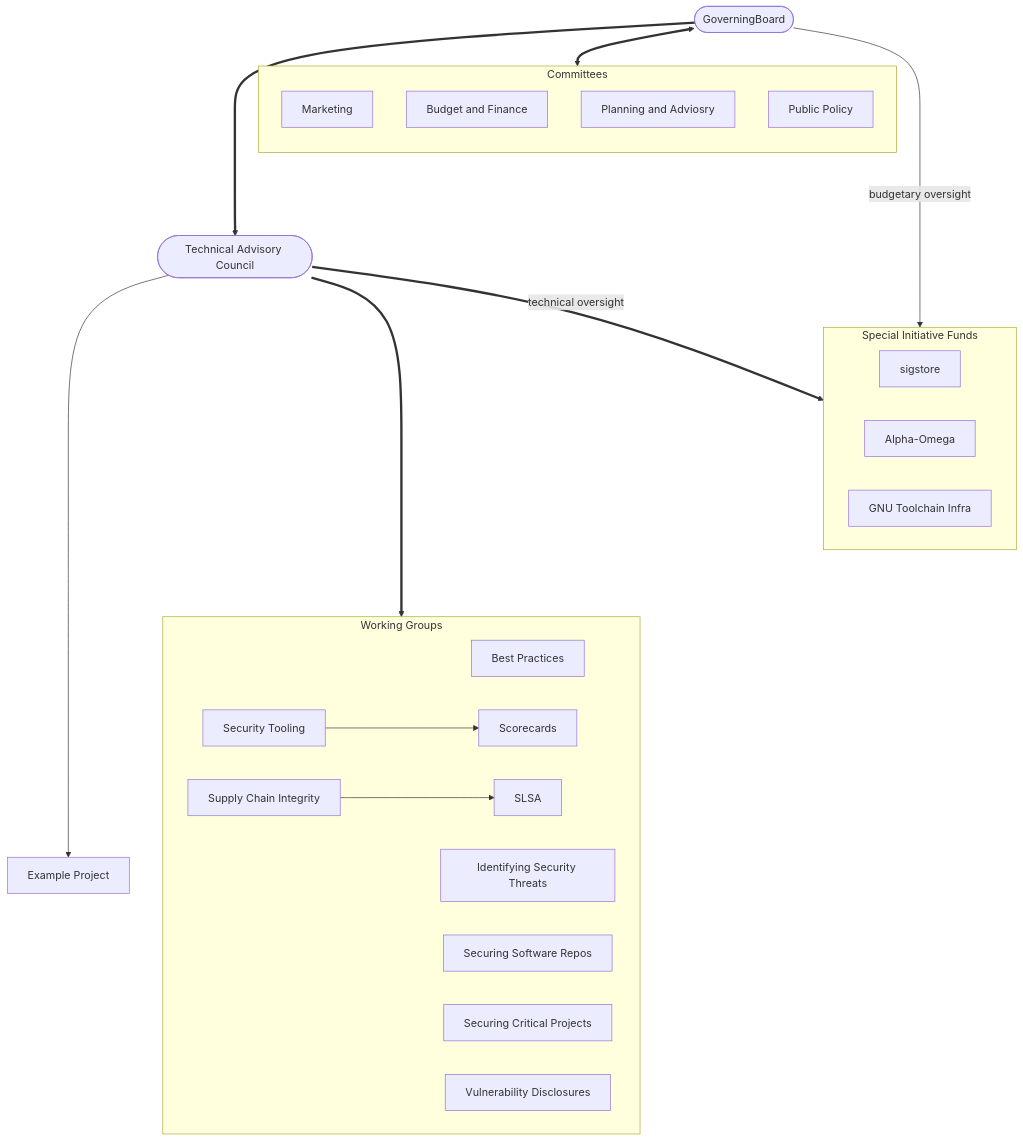
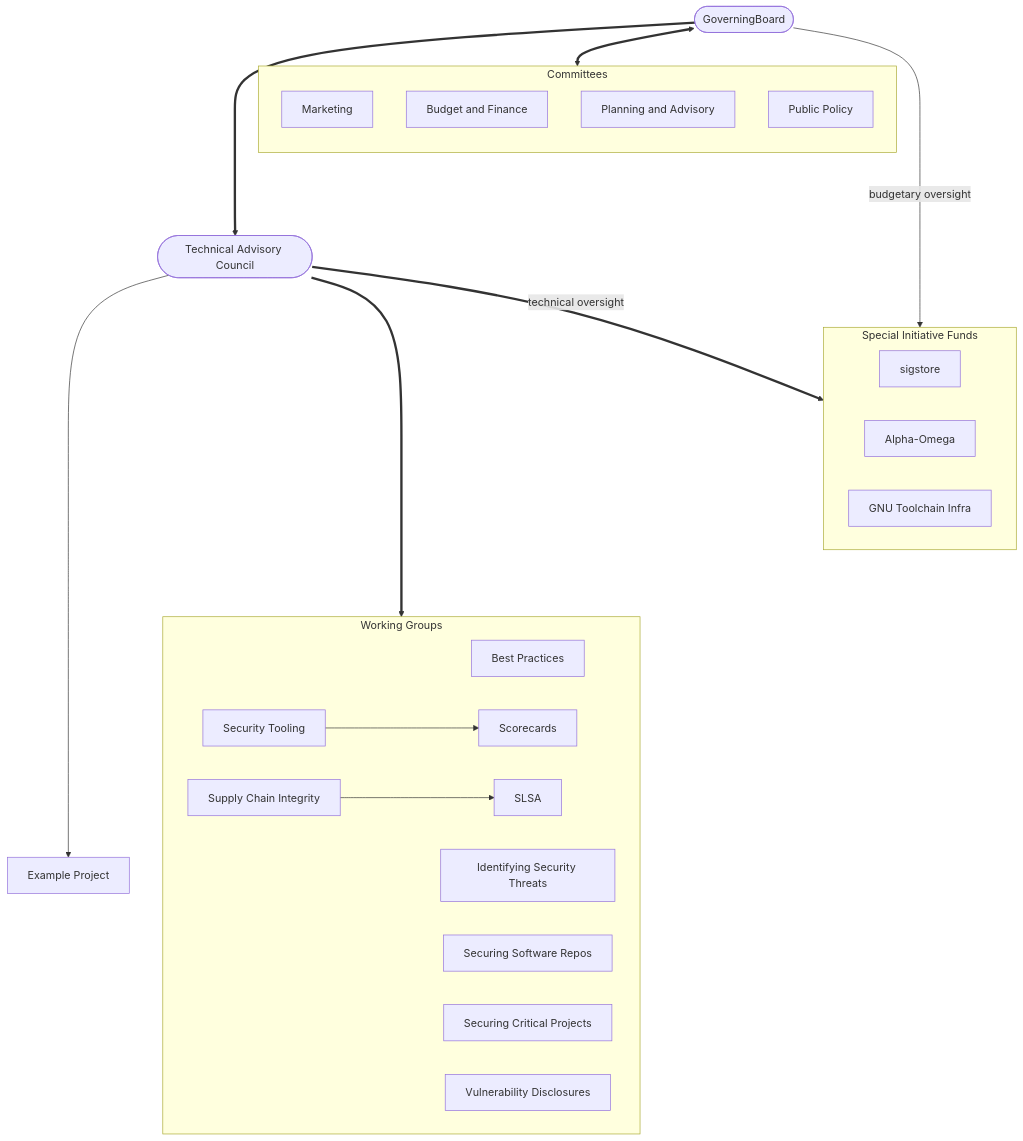
The diagram in organizational-structure-overview.md (ossf/tac), drawn with Mermaid before and after one commit.

Commit message:
fix spelling mistake

````diff
--- a/organizational-structure-overview.md
+++ b/organizational-structure-overview.md
@@ -50,38 +50,38 @@
 ```mermaid
 flowchart TB
     A([GoverningBoard])
 
     subgraph subC[Committees]
         direction TB
         Market[Marketing]
         Budget[Budget and Finance]
-        Plan[Planning and Adviosry]
+        Plan[Planning and Advisory]
         Policy[Public Policy]
     end
     A <==> subC
     A ====> B([Technical Advisory Council])
 
     subgraph subWG[Working Groups]
         BP[Best Practices]
         IST[Identifying Security Threats]
         REP[Securing Software Repos]
         SCI[Supply Chain Integrity]
         SCP[Securing Critical Projects]
         ST[Security Tooling]
         VD[Vulnerability Disclosures]
 
         ST ---> P2[Scorecards]
         SCI ---> P3[SLSA]
     end
     B ====> subWG
 
     B ----> P1[Example Project]
 
     subgraph subSIF[Special Initiative Funds]
         ss[sigstore]
         ao[Alpha-Omega]
         gti[GNU Toolchain Infra]
     end
     B ==technical oversight==> subSIF
     A --budgetary oversight--> subSIF
 ```
````
